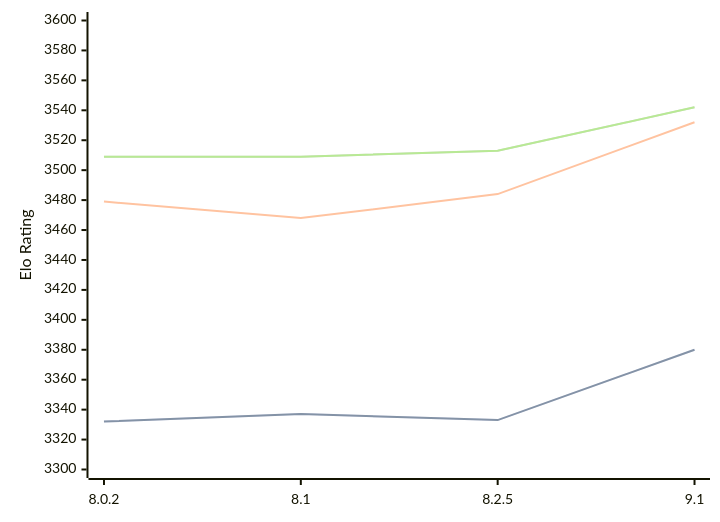
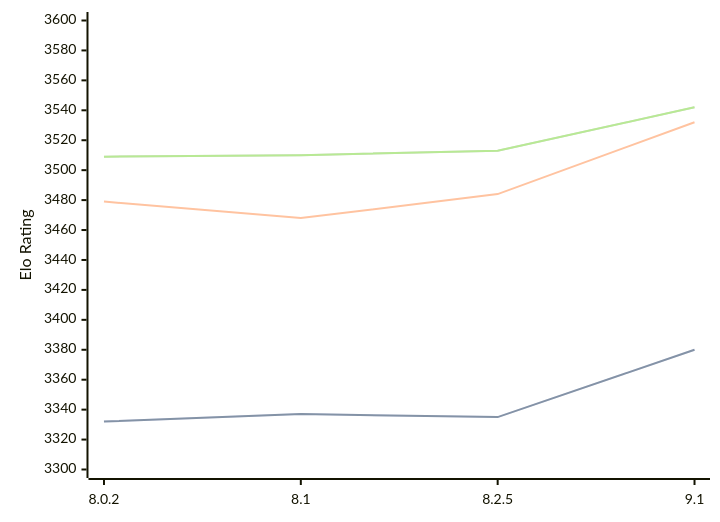
Before and after one commit to computer-chess-index/cci: the diagram in engines/Clover.md, drawn with Mermaid. The commit also changed other lines of this file, not shown here.

Commit message:
Update CCI Ratings (ELO VLTC) - 2026-08-20

````diff
--- a/engines/Clover.md
+++ b/engines/Clover.md
@@ -35,11 +35,11 @@
 ```mermaid
 %%{init: {"theme":"base","themeVariables":{"seriesColors:['#a3a3a3','#222221','#faa371']}}}%%
 xychart-beta
   x-axis ["8.0.2", "8.1", "8.2.5", "9.1"]
   y-axis "Elo Rating" 3300 --> 3600
-  line "STC (8.0+0.08s)" [3332, 3337, 3333, 3380]
-  line "STC (8.0+0.08s)" [3332, 3337, 3333, 3380]
+  line "STC (8.0+0.08s)" [3332, 3337, 3335, 3380]
+  line "STC (8.0+0.08s)" [3332, 3337, 3335, 3380]
   line "LTC (60.0+0.60s)" [3479, 3468, 3484, 3532]
-  line "VLTC (2m24s+1.12s)" [3509, 3509, 3513, 3542]
-  line "VLTC (2m24s+1.12s)" [3509, 3509, 3513, 3542]
+  line "VLTC (2m24s+1.12s)" [3509, 3510, 3513, 3542]
+  line "VLTC (2m24s+1.12s)" [3509, 3510, 3513, 3542]
 ```
````
